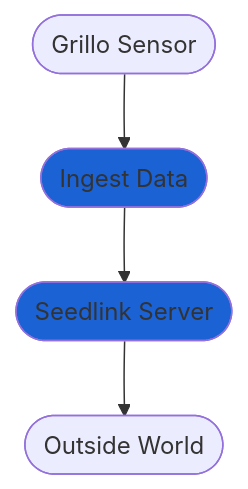
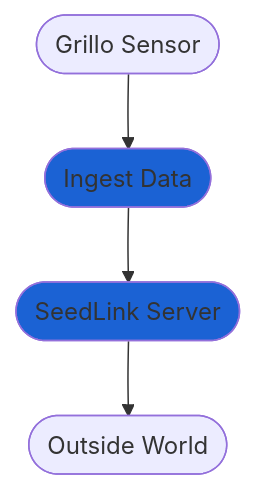
One commit to grillo/grillo-docs changed the diagram in docs/how-to/redirect_data.md. Above: the diagram before and after it, drawn with Mermaid. The commit also changed 5 other files, not shown here.

Commit message:
SeedLink

````diff
--- a/docs/how-to/redirect_data.md
+++ b/docs/how-to/redirect_data.md
@@ -9,6 +9,6 @@
 ```mermaid
 flowchart TB
-   A([Grillo Sensor]) --> C([Ingest Data]) --> D([Seedlink Server]) --> E([Outside World])
+   A([Grillo Sensor]) --> C([Ingest Data]) --> D([SeedLink Server]) --> E([Outside World])
    style C fill:#1b62d4
    style D fill:#1b62d4
 ```
````
